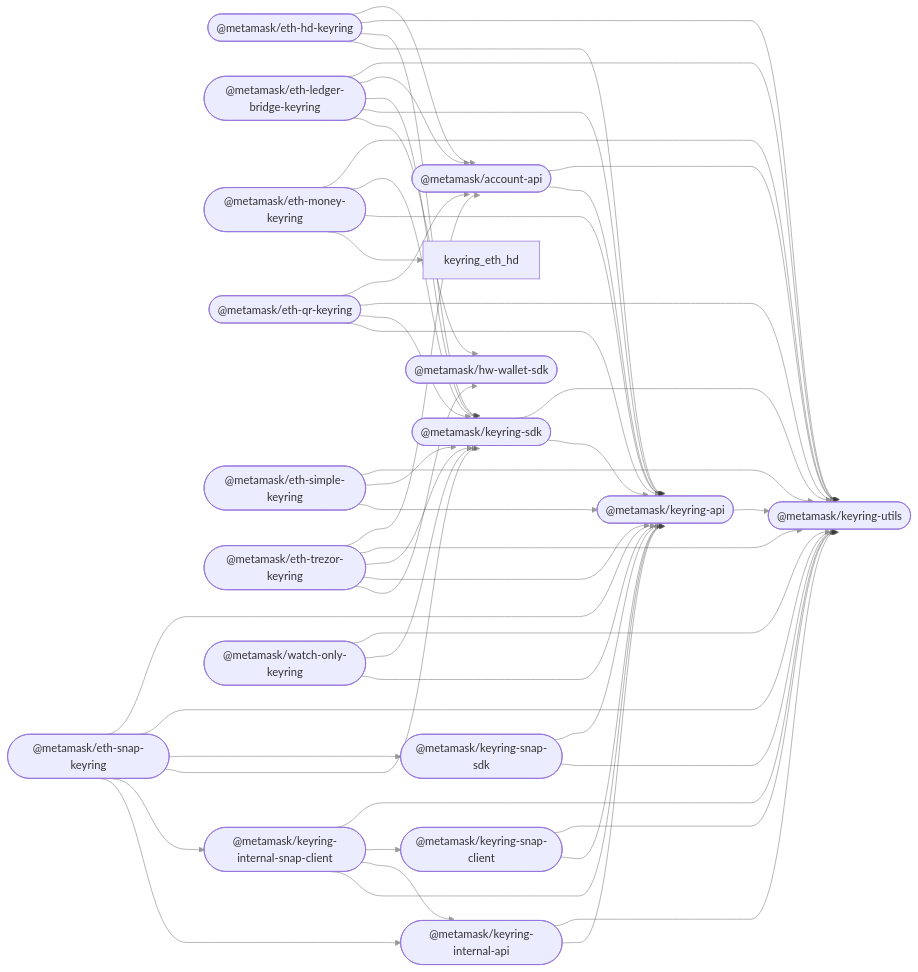
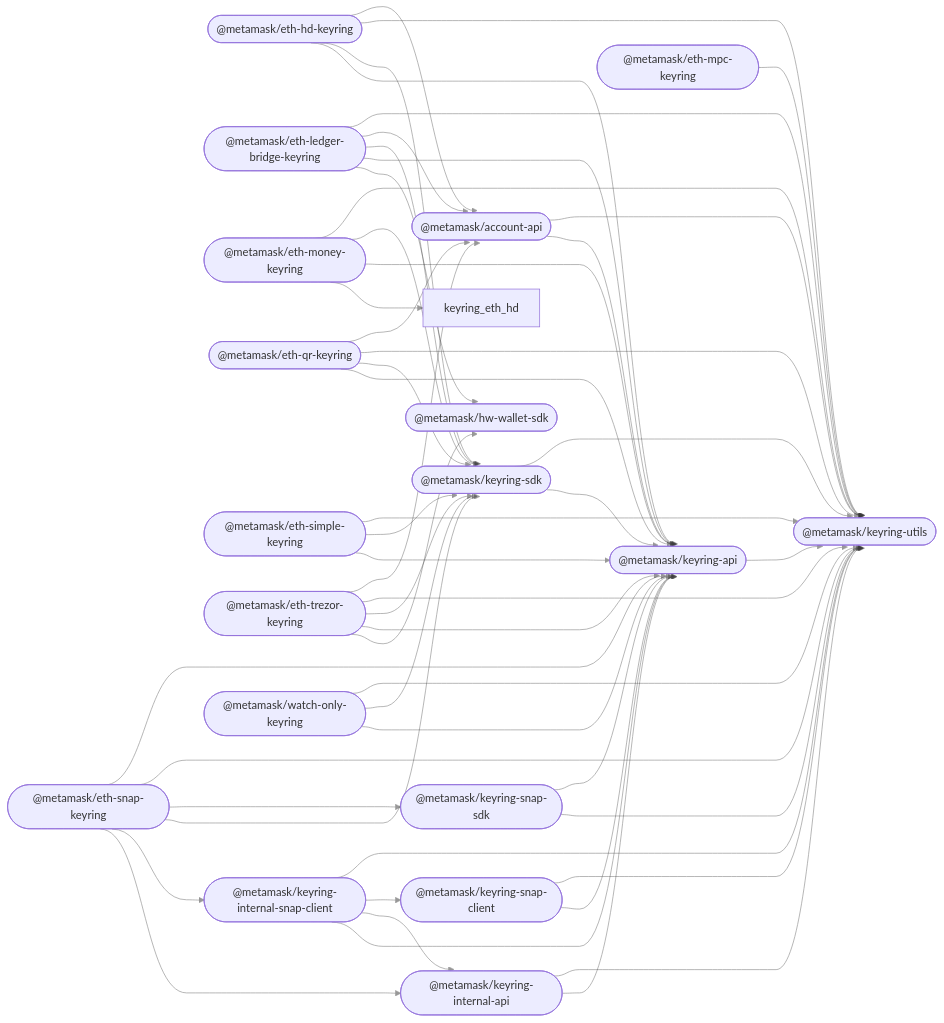
Before and after one commit to MetaMask/accounts: the diagram in README.md, drawn with Mermaid. The commit also changed other lines of this file and 12 other files, not shown here.

Commit message:
feat: add Ethereum MPC keyring package

````diff
--- a/README.md
+++ b/README.md
@@ -45,71 +46,73 @@
 ```mermaid
 %%{ init: { 'flowchart': { 'curve': 'bumpX' } } }%%
 graph LR;
 linkStyle default opacity:0.5
   account_api(["@metamask/account-api"]);
   hw_wallet_sdk(["@metamask/hw-wallet-sdk"]);
   keyring_api(["@metamask/keyring-api"]);
   eth_hd_keyring(["@metamask/eth-hd-keyring"]);
   eth_ledger_bridge_keyring(["@metamask/eth-ledger-bridge-keyring"]);
   eth_money_keyring(["@metamask/eth-money-keyring"]);
+  eth_mpc_keyring(["@metamask/eth-mpc-keyring"]);
   eth_qr_keyring(["@metamask/eth-qr-keyring"]);
   eth_simple_keyring(["@metamask/eth-simple-keyring"]);
   eth_trezor_keyring(["@metamask/eth-trezor-keyring"]);
   keyring_internal_api(["@metamask/keyring-internal-api"]);
   keyring_internal_snap_client(["@metamask/keyring-internal-snap-client"]);
   keyring_sdk(["@metamask/keyring-sdk"]);
   eth_snap_keyring(["@metamask/eth-snap-keyring"]);
   keyring_snap_client(["@metamask/keyring-snap-client"]);
   keyring_snap_sdk(["@metamask/keyring-snap-sdk"]);
   keyring_utils(["@metamask/keyring-utils"]);
   watch_only_keyring(["@metamask/watch-only-keyring"]);
   account_api --> keyring_api;
   account_api --> keyring_utils;
   keyring_api --> keyring_utils;
   eth_hd_keyring --> keyring_api;
   eth_hd_keyring --> keyring_sdk;
   eth_hd_keyring --> keyring_utils;
   eth_hd_keyring --> account_api;
   eth_ledger_bridge_keyring --> hw_wallet_sdk;
   eth_ledger_bridge_keyring --> keyring_api;
   eth_ledger_bridge_keyring --> keyring_sdk;
   eth_ledger_bridge_keyring --> account_api;
   eth_ledger_bridge_keyring --> keyring_utils;
   eth_money_keyring --> keyring_eth_hd;
   eth_money_keyring --> keyring_api;
   eth_money_keyring --> keyring_sdk;
   eth_money_keyring --> keyring_utils;
+  eth_mpc_keyring --> keyring_utils;
   eth_qr_keyring --> keyring_api;
   eth_qr_keyring --> keyring_sdk;
   eth_qr_keyring --> keyring_utils;
   eth_qr_keyring --> account_api;
   eth_simple_keyring --> keyring_api;
   eth_simple_keyring --> keyring_sdk;
   eth_simple_keyring --> keyring_utils;
   eth_trezor_keyring --> hw_wallet_sdk;
   eth_trezor_keyring --> keyring_api;
   eth_trezor_keyring --> keyring_sdk;
   eth_trezor_keyring --> keyring_utils;
   eth_trezor_keyring --> account_api;
   keyring_internal_api --> keyring_api;
   keyring_internal_api --> keyring_utils;
   keyring_internal_snap_client --> keyring_api;
   keyring_internal_snap_client --> keyring_internal_api;
   keyring_internal_snap_client --> keyring_snap_client;
   keyring_internal_snap_client --> keyring_utils;
   keyring_sdk --> keyring_api;
   keyring_sdk --> keyring_utils;
   eth_snap_keyring --> keyring_internal_api;
   eth_snap_keyring --> keyring_internal_snap_client;
   eth_snap_keyring --> keyring_sdk;
   eth_snap_keyring --> keyring_snap_sdk;
   eth_snap_keyring --> keyring_utils;
   eth_snap_keyring --> keyring_api;
   keyring_snap_client --> keyring_api;
   keyring_snap_client --> keyring_utils;
   keyring_snap_sdk --> keyring_utils;
   keyring_snap_sdk --> keyring_api;
   watch_only_keyring --> keyring_api;
   watch_only_keyring --> keyring_sdk;
   watch_only_keyring --> keyring_utils;
 ```
````
